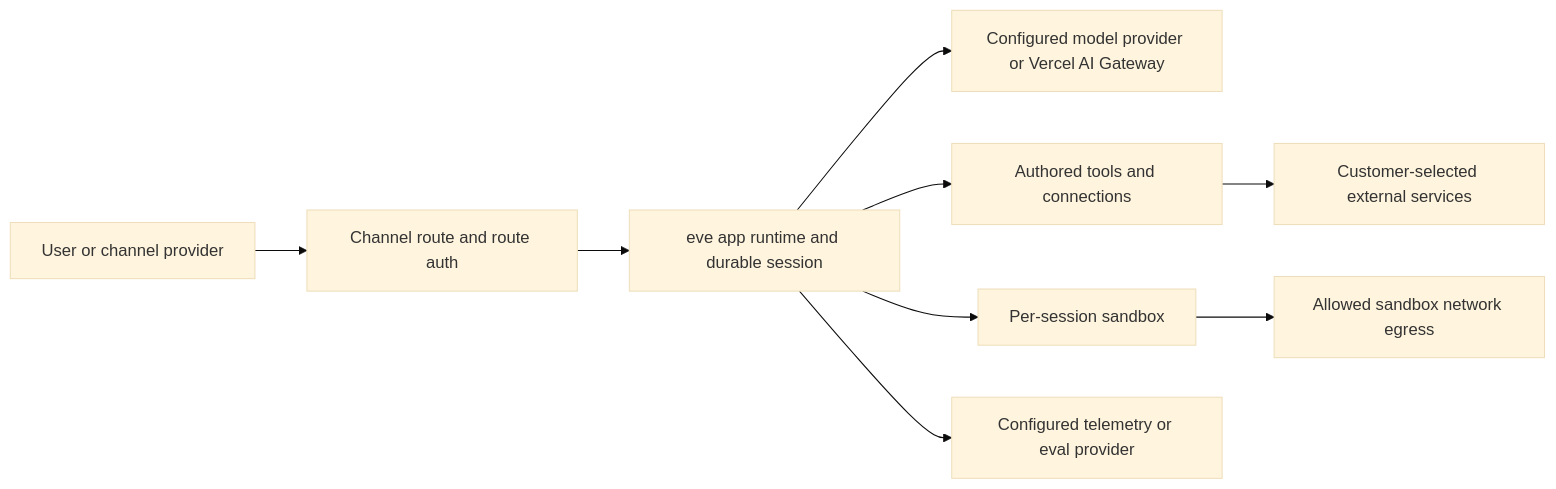
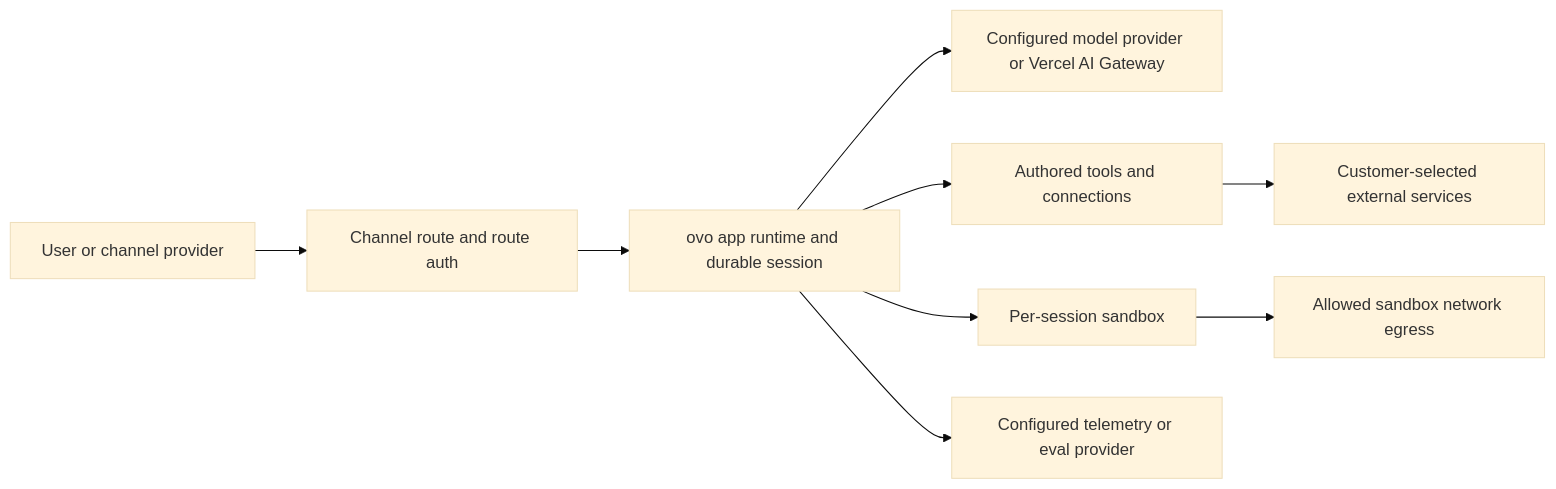
Before and after one commit to khulnasoft-research/neovdev: the diagram in docs/concepts/security-model.md, drawn with Mermaid (base theme). The commit also changed other lines of this file and 3267 other files, not shown here.

Commit message:
chore: rename eve to ovo across the entire codebase

````diff
--- a/docs/concepts/security-model.md
+++ b/docs/concepts/security-model.md
@@ -25,11 +25,11 @@
 ```mermaid
 flowchart LR
   User["User or channel provider"] --> Channel["Channel route and route auth"]
-  Channel --> Runtime["eve app runtime and durable session"]
+  Channel --> Runtime["ovo app runtime and durable session"]
   Runtime --> Model["Configured model provider or Vercel AI Gateway"]
   Runtime --> Tools["Authored tools and connections"]
   Tools --> Services["Customer-selected external services"]
   Runtime --> Sandbox["Per-session sandbox"]
   Sandbox --> Egress["Allowed sandbox network egress"]
   Runtime --> Telemetry["Configured telemetry or eval provider"]
 ```
````
